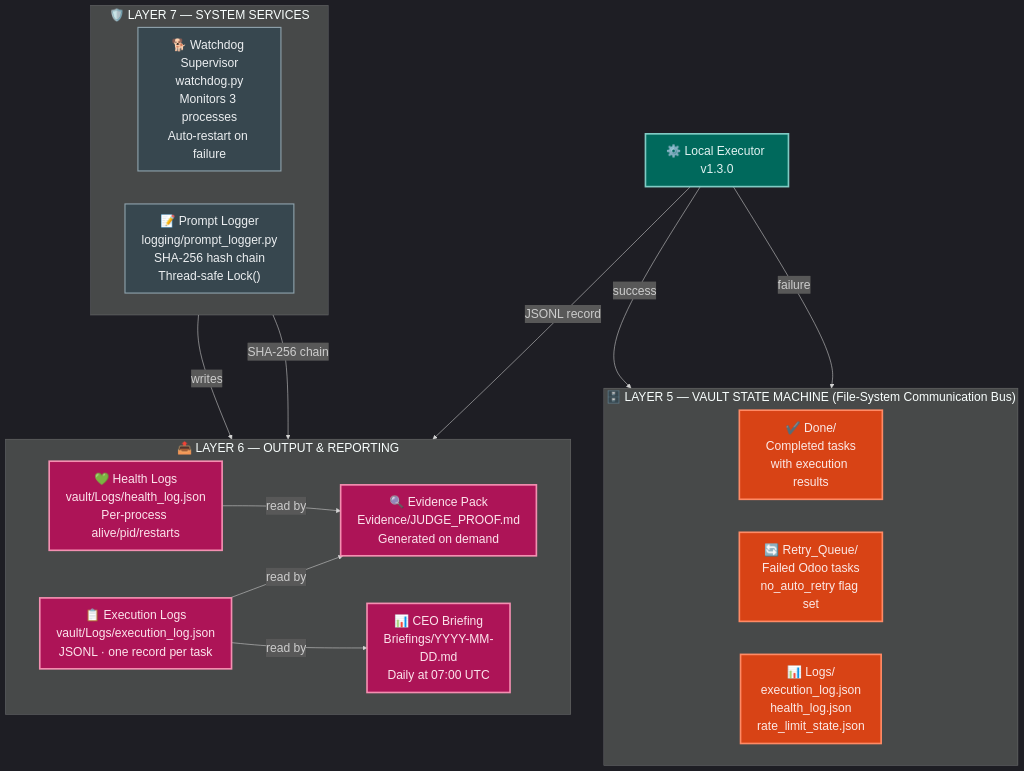
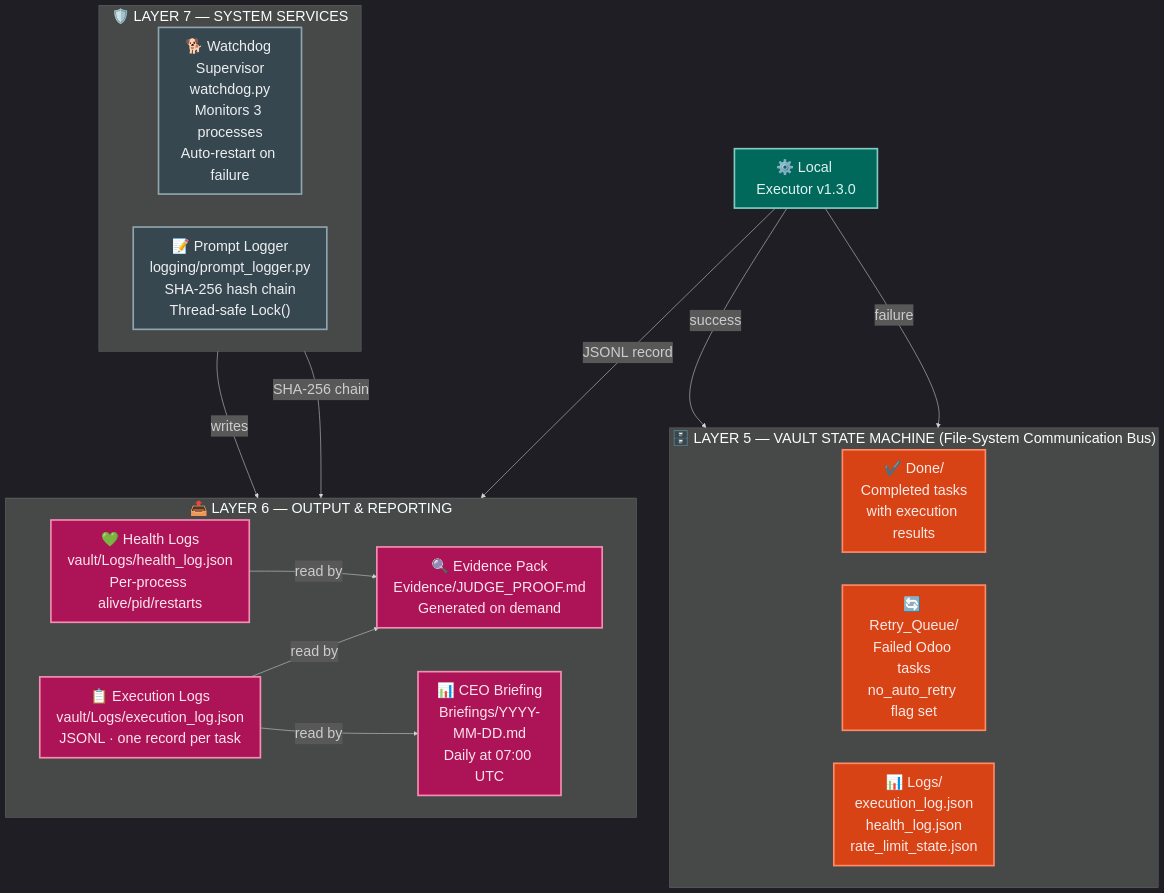
Before and after one commit to Mehreen676/AI_Employee_Vault_Platinum: the diagram in docs/architecture/zoom_4_vault_outputs.mmd, drawn with Mermaid. The commit also changed 9 other files, not shown here.

Commit message:
docs: improve architecture diagram readability (2x resolution)

```diff
--- a/docs/architecture/zoom_4_vault_outputs.mmd
+++ b/docs/architecture/zoom_4_vault_outputs.mmd
@@ -1,44 +1,44 @@
-%%{init: {"theme": "dark", "flowchart": {"nodeSpacing": 60, "rankSpacing": 100, "curve": "basis"}, "themeVariables": {"fontSize": "22px", "fontFamily": "monospace"}}}%%
+%%{init: {"theme": "dark", "flowchart": {"nodeSpacing": 60, "rankSpacing": 100, "curve": "basis"}, "themeVariables": {"fontSize": "26px", "fontFamily": "monospace"}}}%%
 flowchart TD
 
     classDef localCls  fill:#00695c,stroke:#80cbc4,color:#e0f2f1,stroke-width:3px
     classDef vaultCls  fill:#d84315,stroke:#ff8a65,color:#fbe9e7,stroke-width:3px
     classDef outCls    fill:#ad1457,stroke:#f48fb1,color:#fce4ec,stroke-width:3px
-    classDef svcCls    fill:#37474f,stroke:#90a4ae,color:#eceff1,stroke-width:2px
+    classDef svcCls    fill:#37474f,stroke:#90a4ae,color:#eceff1,stroke-width:3px
 
     LE["⚙️ Local Executor v1.3.0"]
 
     subgraph VAULT["🗄️  LAYER 5 — VAULT STATE MACHINE  (File-System Communication Bus)"]
         direction LR
         VD["✔️ Done/\nCompleted tasks\nwith execution results"]
         VR["🔄 Retry_Queue/\nFailed Odoo tasks\nno_auto_retry flag set"]
         VL["📊 Logs/\nexecution_log.json\nhealth_log.json\nrate_limit_state.json"]
     end
 
     subgraph OUTPUT["📤  LAYER 6 — OUTPUT & REPORTING"]
         direction LR
         EL["📋 Execution Logs\nvault/Logs/execution_log.json\nJSONL · one record per task"]
         EP["🔍 Evidence Pack\nEvidence/JUDGE_PROOF.md\nGenerated on demand"]
         CB["📊 CEO Briefing\nBriefings/YYYY-MM-DD.md\nDaily at 07:00 UTC"]
         HL["💚 Health Logs\nvault/Logs/health_log.json\nPer-process alive/pid/restarts"]
     end
 
     subgraph SVCS["🛡️  LAYER 7 — SYSTEM SERVICES"]
         direction LR
         WD["🐕 Watchdog Supervisor\nwatchdog.py\nMonitors 3 processes\nAuto-restart on failure"]
         PL["📝 Prompt Logger\nlogging/prompt_logger.py\nSHA-256 hash chain\nThread-safe Lock()"]
     end
 
     LE  -->|"success"| VD
     LE  -->|"failure"| VR
     LE  -->|"JSONL record"| EL
     WD  -->|"writes"| HL
     PL  -->|"SHA-256 chain"| EP
     EL  -->|"read by"| EP
     HL  -->|"read by"| EP
     EL  -->|"read by"| CB
 
     class LE localCls
     class VD,VR,VL vaultCls
     class EL,EP,CB,HL outCls
     class WD,PL svcCls
```
